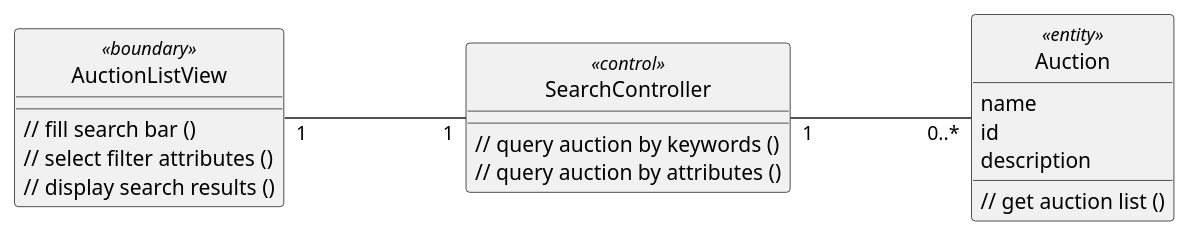
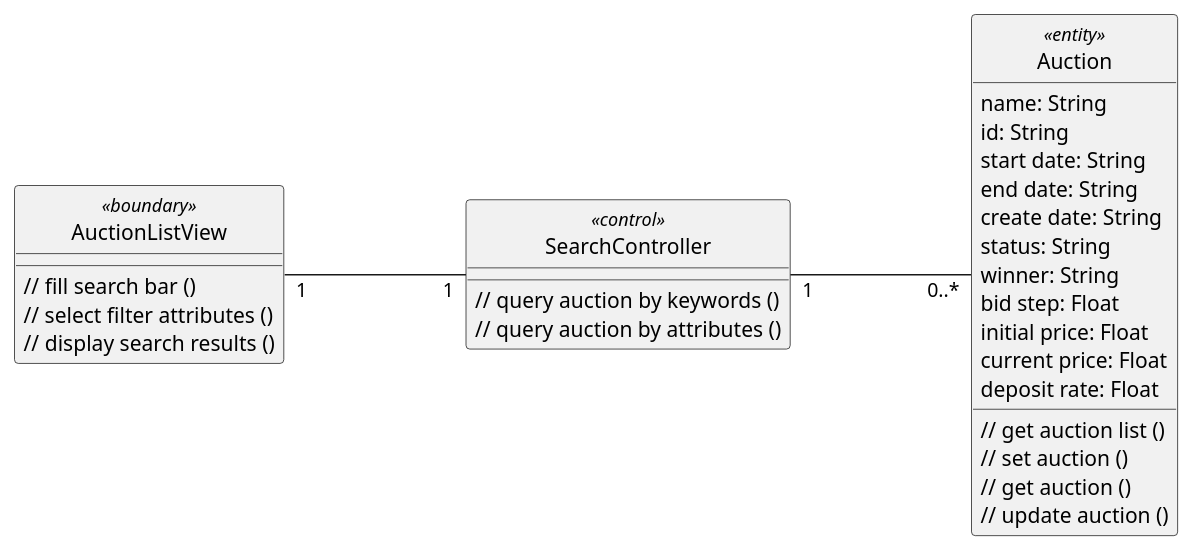
One commit to anhbanlinhle/velocity-exchange changed the diagram in uml/analysis/class/search_for_auction.pu. Above: the diagram before and after it, drawn with PlantUML. The commit also changed 5 other files, not shown here.

```diff
--- a/uml/analysis/class/search_for_auction.pu
+++ b/uml/analysis/class/search_for_auction.pu
@@ -1,36 +1,47 @@
 @startuml 
 skinparam classAttributeIconSize 0
 skinparam linetype ortho
 left to right direction
 hide circle
 class AuctionListView <<boundary>> {
 
     // fill search bar ()
     // select filter attributes ()
     // display search results ()
 
     }
 
 class SearchController <<control>> {
     
     // query auction by keywords ()
     // query auction by attributes ()
 
     }
 
 class Auction <<entity>> {
-    name
-    id
-    description
+    name: String
+    id: String
+    start date: String
+    end date: String
+    create date: String
+    status: String
+    winner: String
+    bid step: Float
+    initial price: Float
+    current price: Float
+    deposit rate: Float
 
     // get auction list ()
+    // set auction ()
+    // get auction ()
+    // update auction ()
 
     }
 
 
 AuctionListView "1" --- "1" SearchController
 
 SearchController "1" --- "0..*" Auction
 
 
 @enduml
```
